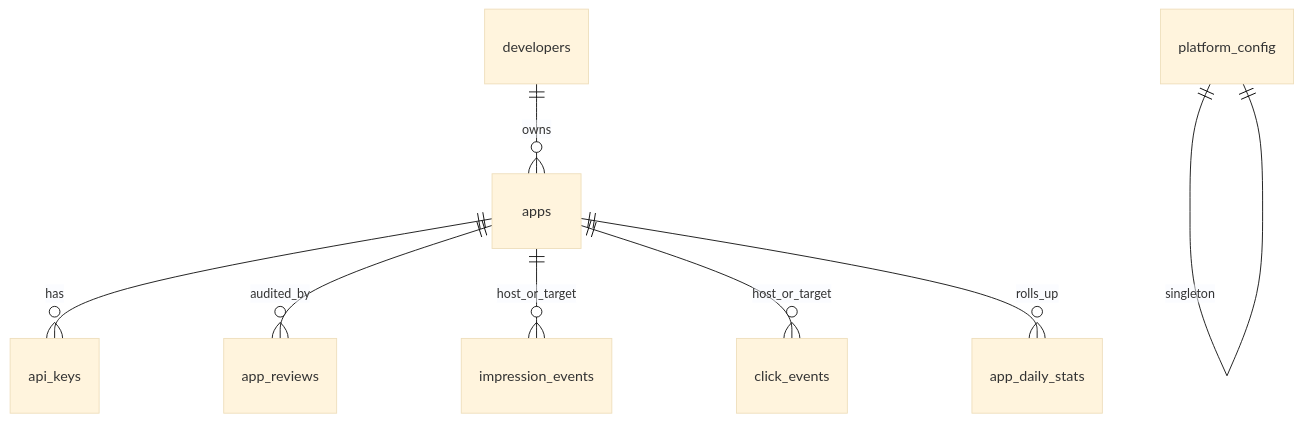
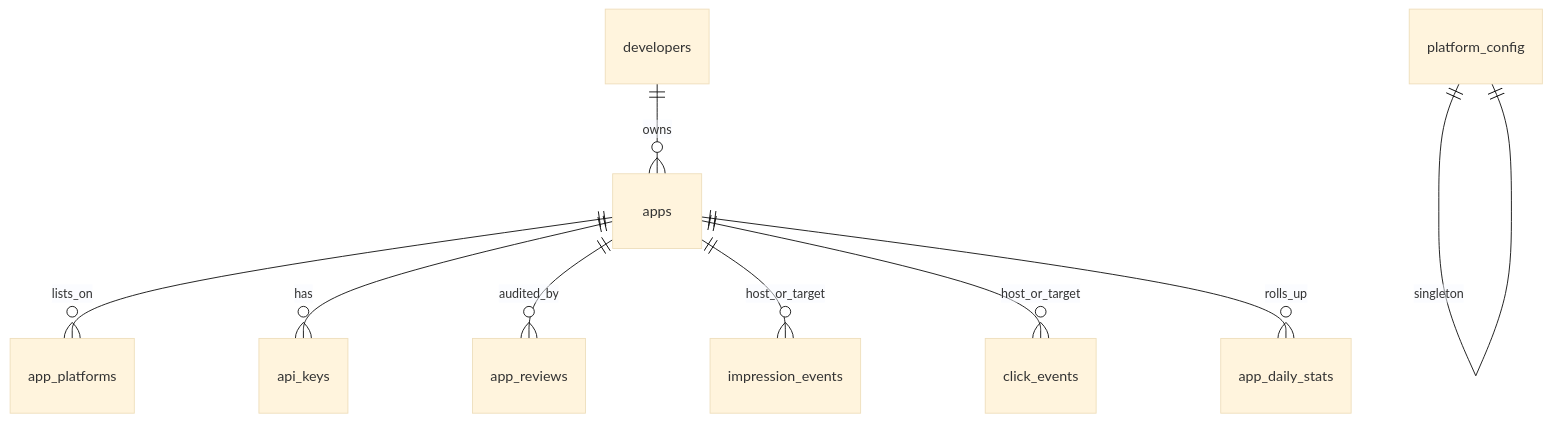
One commit to w2solo/appunion changed the second of 3 diagrams in TECH-appunions-backend.md. Above: the diagram before and after it, drawn with Mermaid (base theme). The commit also changed other lines of this file and 17 other files, not shown here.

First line of the commit message:
Let apps list multiple platforms by package name instead of a single store URL.

````diff
--- a/TECH-appunions-backend.md
+++ b/TECH-appunions-backend.md
@@ -113,10 +113,11 @@
 ```mermaid
 erDiagram
   developers ||--o{ apps : owns
+  apps ||--o{ app_platforms : lists_on
   apps ||--o{ api_keys : has
   apps ||--o{ app_reviews : audited_by
   apps ||--o{ impression_events : host_or_target
   apps ||--o{ click_events : host_or_target
   apps ||--o{ app_daily_stats : rolls_up
   platform_config ||--|| platform_config : singleton
 ```
````
